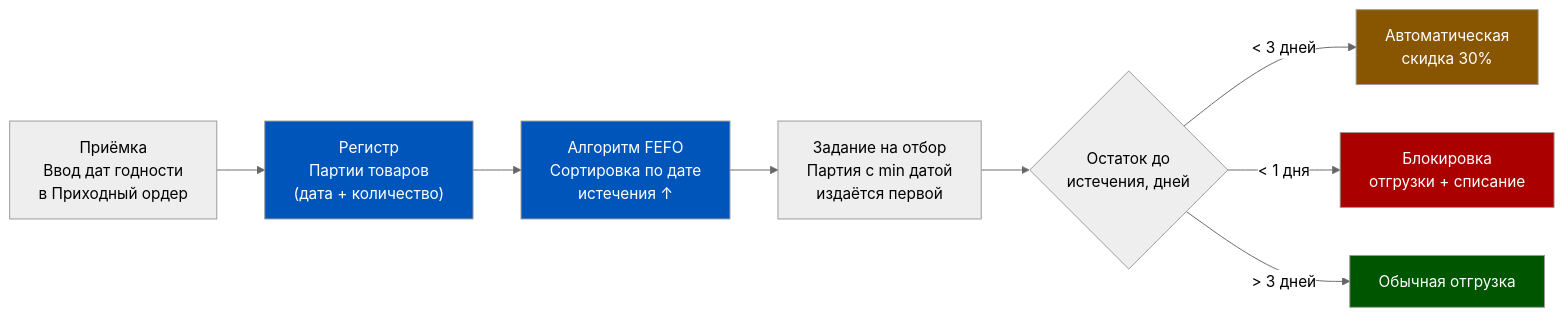
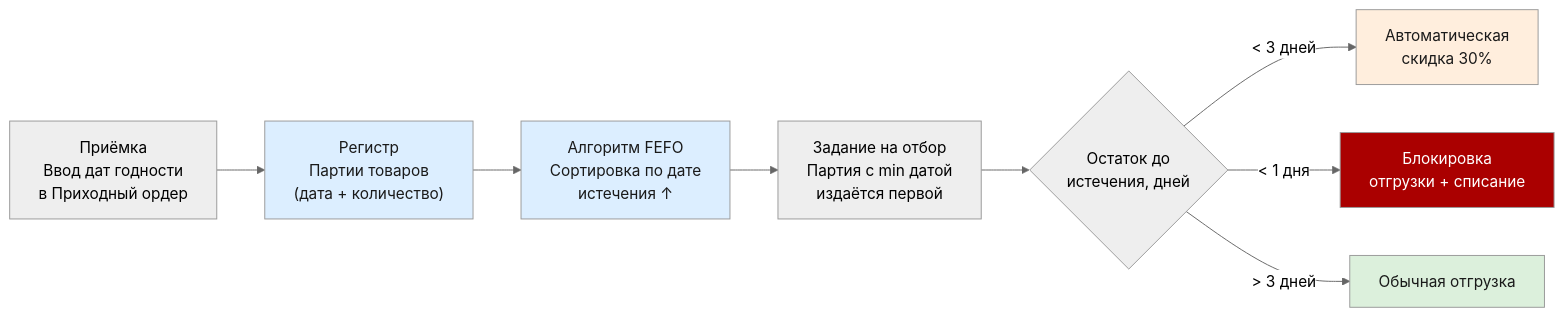
The sixth of 6 diagrams in content/1c-erp/week_4/Неделя 4 - День 4 - Сроки годности и FEFO.md (murad1986/1c-erp-quartz), drawn with Mermaid (neutral theme) before and after one commit. The commit also changed other lines of this file and 57 other files, not shown here.

First line of the commit message:
fix: Mermaid — пастельные цвета в источниках диаграмм (56 файлов)

````diff
--- a/content/1c-erp/week_4/Неделя 4 - День 4 - Сроки годности и FEFO.md
+++ b/content/1c-erp/week_4/Неделя 4 - День 4 - Сроки годности и FEFO.md
@@ -487,28 +487,28 @@
 ```mermaid
 flowchart LR
     REC["Приёмка
 Ввод дат годности
 в Приходный ордер"] --> REG["Регистр
 Партии товаров
 (дата + количество)"]
     REG --> FEFO["Алгоритм FEFO
 Сортировка по дате
 истечения ↑"]
     FEFO --> PICK["Задание на отбор
 Партия с min датой
 издаётся первой"]
     PICK --> CHECK{"Остаток до
 истечения, дней"}
     CHECK -->|"< 3 дней"| DISCOUNT["Автоматическая
 скидка 30%"]
     CHECK -->|"< 1 дня"| BLOCK["Блокировка
 отгрузки + списание"]
     CHECK -->|"> 3 дней"| SHIP["Обычная отгрузка"]
 
-    style REG fill:#0055BB,color:#fff
-    style FEFO fill:#0055BB,color:#fff
-    style DISCOUNT fill:#885500,color:#fff
+    style REG fill:#dceeff,color:#1a1a1a
+    style FEFO fill:#dceeff,color:#1a1a1a
+    style DISCOUNT fill:#ffeedd,color:#1a1a1a
     style BLOCK fill:#AA0000,color:#fff
-    style SHIP fill:#005500,color:#fff
+    style SHIP fill:#dcf0dc,color:#1a1a1a
 
 ```
````
